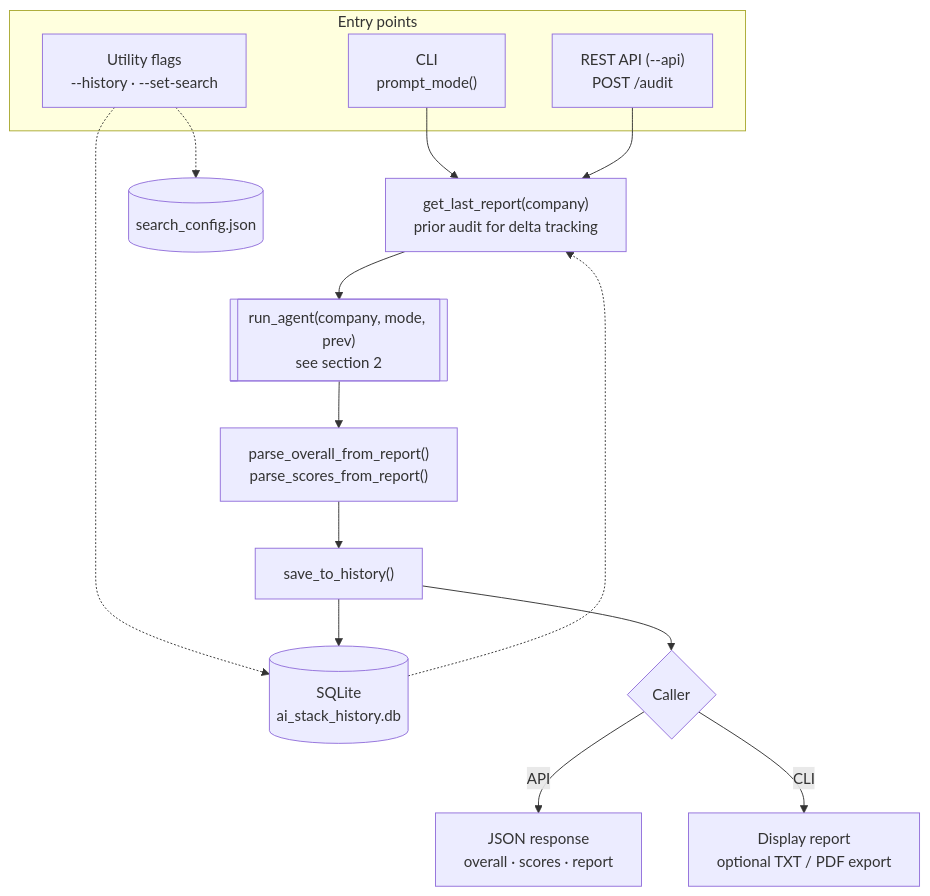
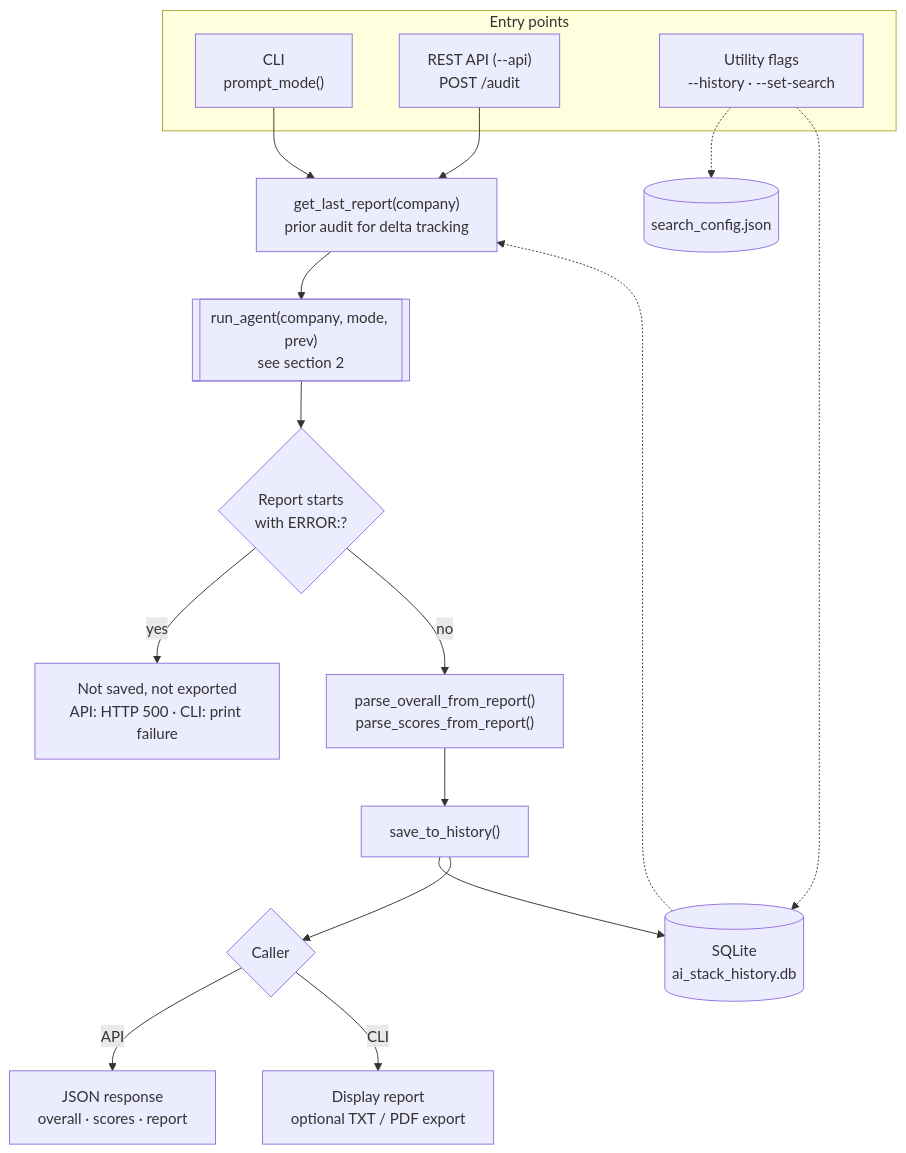
One commit to dwnjuguna/AI-Stack-Doctor changed the first of 7 diagrams in ARCHITECTURE.md. Above: the diagram before and after it, drawn with Mermaid. The commit also changed other lines of this file, not shown here.

Commit message:
Update architecture doc to match v4.1 main

````diff
--- a/ARCHITECTURE.md
+++ b/ARCHITECTURE.md
@@ -9,22 +9,24 @@
 ```mermaid
 flowchart TD
     subgraph entry["Entry points"]
         CLI["CLI<br/>prompt_mode()"]
         API["REST API (--api)<br/>POST /audit"]
         UTIL["Utility flags<br/>--history · --set-search"]
     end
 
     CLI --> PREV
     API --> PREV
     UTIL -.-> CFG[("search_config.json")]
     UTIL -.-> DB
 
     PREV["get_last_report(company)<br/>prior audit for delta tracking"] --> AGENT
-    AGENT[["run_agent(company, mode, prev)<br/>see section 2"]] --> PARSE
-    PARSE["parse_overall_from_report()<br/>parse_scores_from_report()"] --> SAVE
-    SAVE["save_to_history()"] --> DB[("SQLite<br/>ai_stack_history.db")]
+    AGENT[["run_agent(company, mode, prev)<br/>see section 2"]] --> GUARD{"Report starts<br/>with ERROR:?"}
+    GUARD -->|yes| FAIL["Not saved, not exported<br/>API: HTTP 500 · CLI: print failure"]
+    GUARD -->|no| PARSE["parse_overall_from_report()<br/>parse_scores_from_report()"]
+    PARSE --> SAVE["save_to_history()"]
+    SAVE --> DB[("SQLite<br/>ai_stack_history.db")]
     DB -.-> PREV
     SAVE --> OUT{"Caller"}
     OUT -->|API| JSON["JSON response<br/>overall · scores · report"]
     OUT -->|CLI| EXP["Display report<br/>optional TXT / PDF export"]
 ```
````
